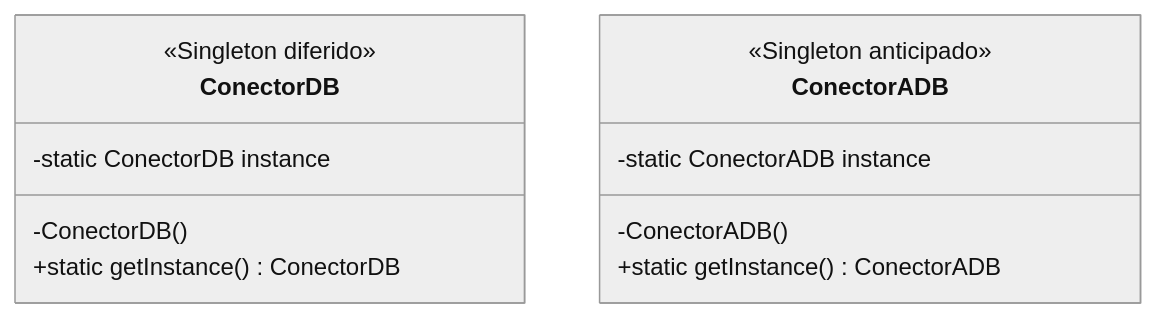
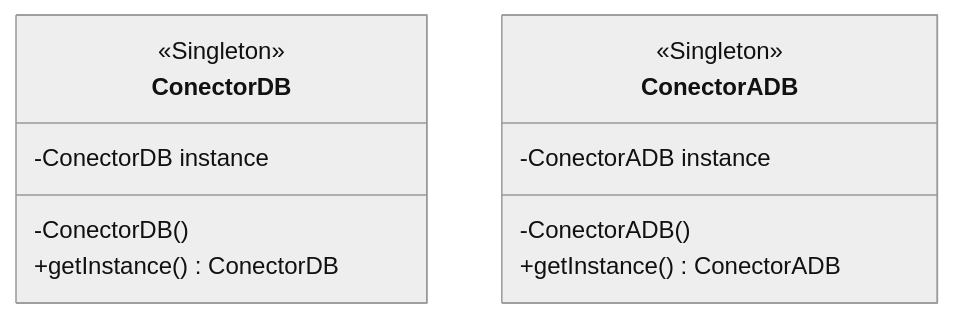
Before and after one commit to gabrielledezma21/patron-singleton: the diagram in README.md, drawn with Mermaid (neutral theme). The commit also changed other lines of this file, not shown here.

Commit message:
docs: ajustar diagrama UML de Singleton para Mermaid

````diff
--- a/README.md
+++ b/README.md
@@ -28,16 +28,16 @@
 ```mermaid
 classDiagram
     class ConectorDB {
-        <<Singleton diferido>>
-        -static ConectorDB instance
+        <<Singleton>>
+        -ConectorDB instance
         -ConectorDB()
-        +static getInstance() ConectorDB
+        +getInstance() ConectorDB
     }
 
     class ConectorADB {
-        <<Singleton anticipado>>
-        -static ConectorADB instance
+        <<Singleton>>
+        -ConectorADB instance
         -ConectorADB()
-        +static getInstance() ConectorADB
+        +getInstance() ConectorADB
     }
 ```
````
